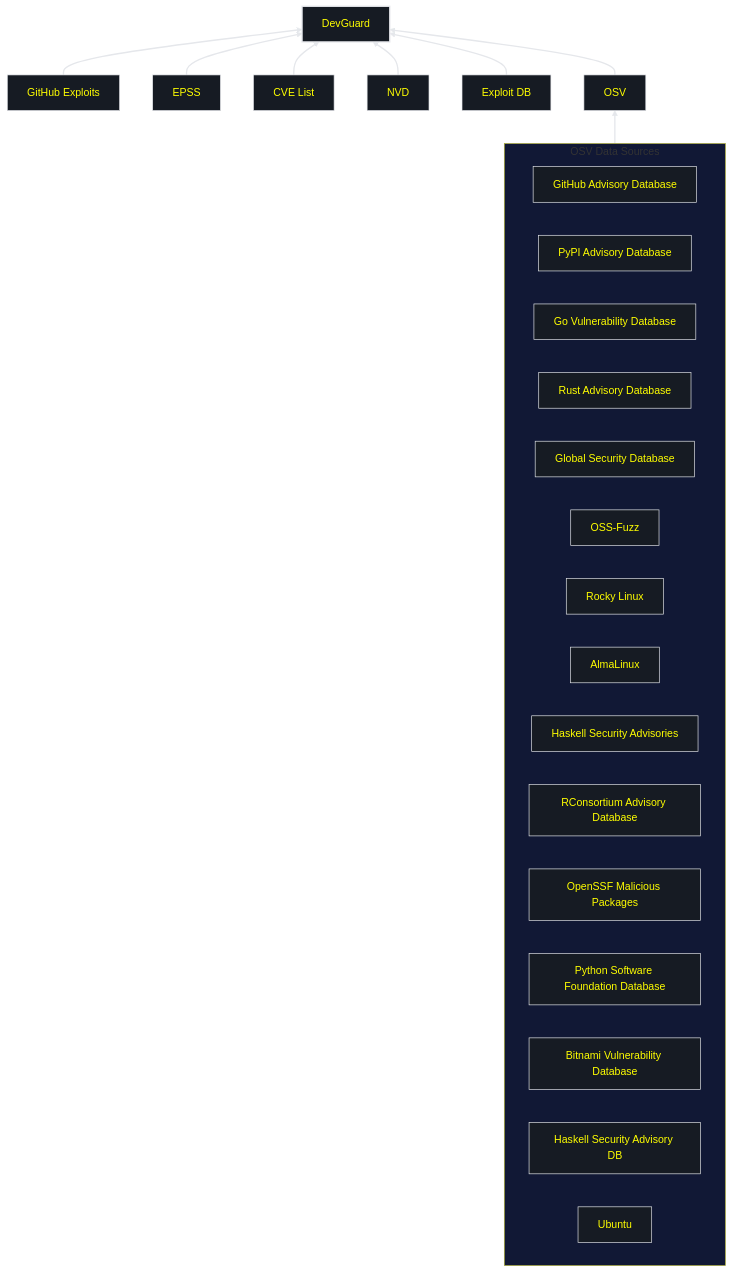
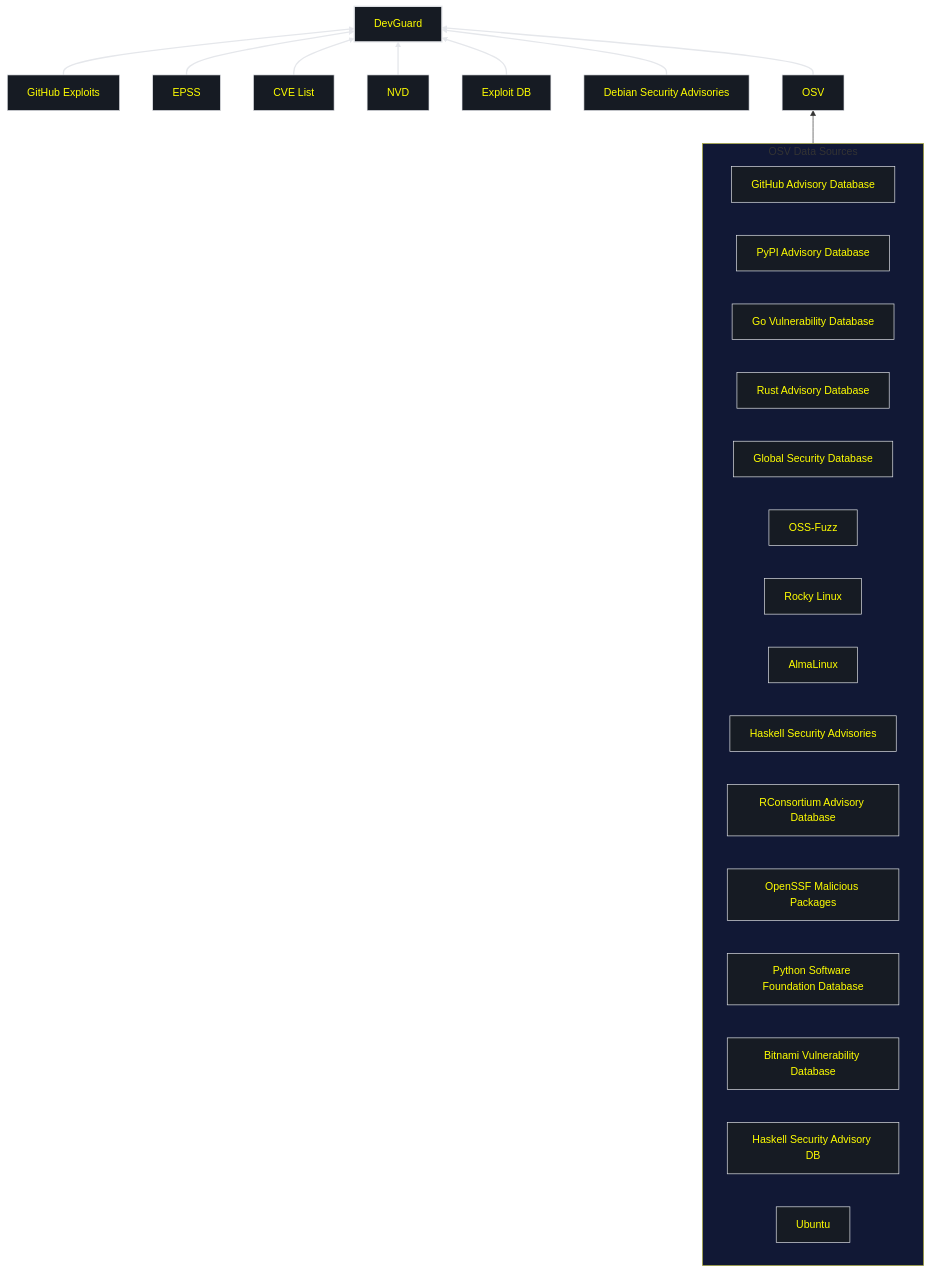
Before and after one commit to l3montree-dev/devguard-documentation: the diagram in src/pages/concepts/aggregated-vulnerability-database.mdx, drawn with Mermaid. The commit also changed other lines of this file, not shown here.

````diff
--- a/src/pages/concepts/aggregated-vulnerability-database.mdx
+++ b/src/pages/concepts/aggregated-vulnerability-database.mdx
@@ -9,60 +9,62 @@
 ```mermaid
 
 flowchart BT
 
     dev["DevGuard"]
     github["GitHub Exploits"]
     epss["EPSS"]
     cveList["CVE List"]
     nvd["NVD"]
     exploitDB["Exploit DB"]
+    dbsec["Debian Security Advisories"]
     osv["OSV"]
 
     subgraph osvDB[OSV Data Sources]
         direction LR
         githubAdvisory[GitHub Advisory Database]
         pypiAdvisory[PyPI Advisory Database]
         goVulnerability[Go Vulnerability Database]
         rustAdvisory[Rust Advisory Database]
         globalSecurity[Global Security Database]
         ossFuzz[OSS-Fuzz]
         rockyLinux[Rocky Linux]
         almaLinux[AlmaLinux]
         haskellAdvisories[Haskell Security Advisories]
         rConsortium[RConsortium Advisory Database]
         openSSF[OpenSSF Malicious Packages]
         pythonDatabase[Python Software Foundation Database]
         bitnamiDatabase[Bitnami Vulnerability Database]
         haskellDB[Haskell Security Advisory DB]
         ubuntu[Ubuntu]
     end
 
 
 
     github --> dev
     epss --> dev
     cveList --> dev
     nvd --> dev
     exploitDB --> dev
+    dbsec --> dev
     osv --> dev
   
 
     osvDB --> osv
 
 
 
 classDef node fill:#161B23,color:yellow,stroke:#e5e7eb;
 classDef subgraphOut fill:#111835;
 classDef subgraphIn fill:#111827,stroke:#e5e7eb;
 
 classDef dev stroke-width:2px;
 
 
 class osvDB subgraphOut;
 
 
 class dev dev;
 
 linkStyle 0,1,2,3,4,5,6  stroke:#e5e7eb,stroke-width:2px;
 
 ```
````
